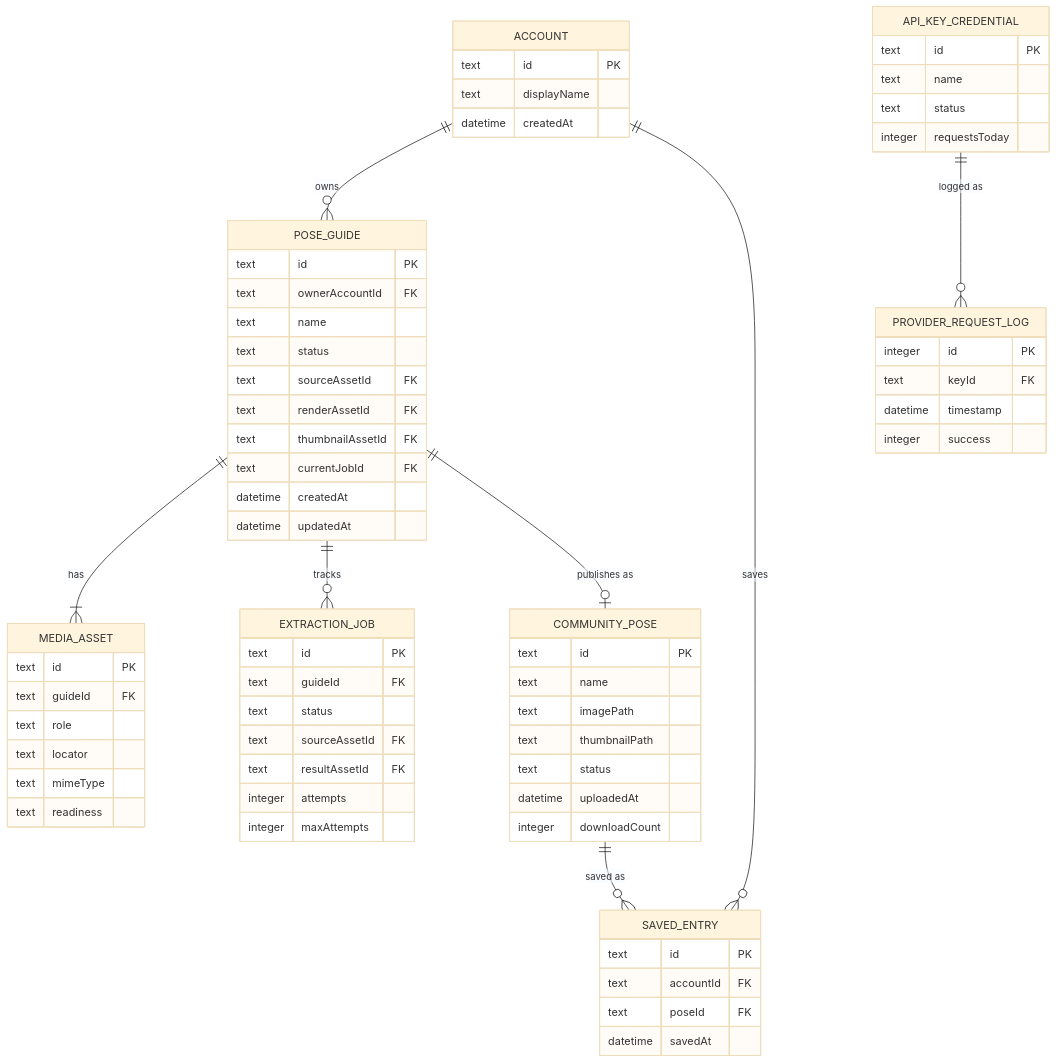
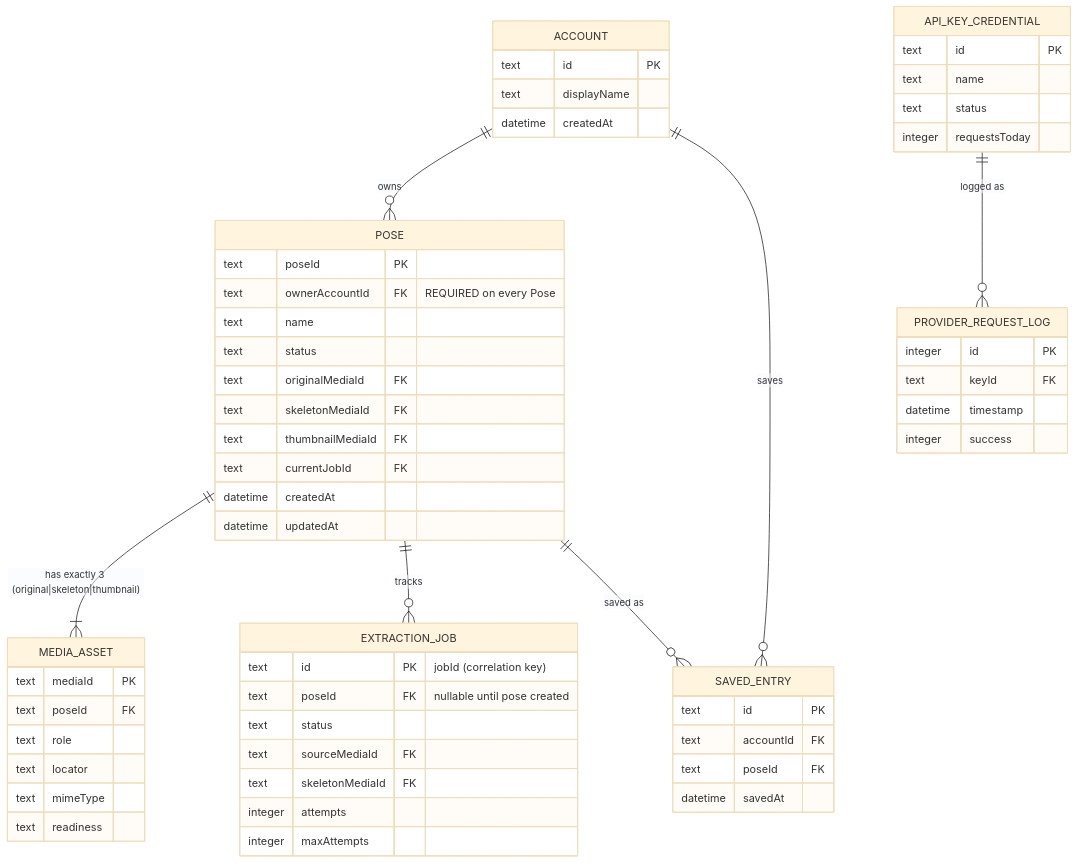
One commit to pnphongk23/posing-monorepo changed the diagram in docs/spec/data/erd/server.md. Above: the diagram before and after it, drawn with Mermaid (base theme). The commit also changed other lines of this file and 98 other files, not shown here.

````diff
--- a/docs/spec/data/erd/server.md
+++ b/docs/spec/data/erd/server.md
@@ -5,72 +7,62 @@
 ```mermaid
 erDiagram
-    ACCOUNT ||--o{ POSE_GUIDE : "owns"
+    ACCOUNT ||--o{ POSE : "owns"
     ACCOUNT ||--o{ SAVED_ENTRY : "saves"
-    POSE_GUIDE ||--|{ MEDIA_ASSET : "has"
-    POSE_GUIDE ||--o{ EXTRACTION_JOB : "tracks"
-    POSE_GUIDE ||--o| COMMUNITY_POSE : "publishes as"
-    COMMUNITY_POSE ||--o{ SAVED_ENTRY : "saved as"
+    POSE ||--|{ MEDIA_ASSET : "has exactly 3 (original|skeleton|thumbnail)"
+    POSE ||--o{ EXTRACTION_JOB : "tracks"
+    POSE ||--o{ SAVED_ENTRY : "saved as"
     API_KEY_CREDENTIAL ||--o{ PROVIDER_REQUEST_LOG : "logged as"
 
     ACCOUNT {
         text id PK
         text displayName
         datetime createdAt
     }
-    POSE_GUIDE {
-        text id PK
-        text ownerAccountId FK
+    POSE {
+        text poseId PK
+        text ownerAccountId FK "REQUIRED on every Pose"
         text name
         text status
-        text sourceAssetId FK
-        text renderAssetId FK
-        text thumbnailAssetId FK
+        text originalMediaId FK
+        text skeletonMediaId FK
+        text thumbnailMediaId FK
         text currentJobId FK
         datetime createdAt
         datetime updatedAt
     }
-    COMMUNITY_POSE {
-        text id PK
-        text name
-        text imagePath
-        text thumbnailPath
-        text status
-        datetime uploadedAt
-        integer downloadCount
-    }
     MEDIA_ASSET {
-        text id PK
-        text guideId FK
+        text mediaId PK
+        text poseId FK
         text role
         text locator
         text mimeType
         text readiness
     }
     EXTRACTION_JOB {
-        text id PK
-        text guideId FK
+        text id PK "jobId (correlation key)"
+        text poseId FK "nullable until pose created"
         text status
-        text sourceAssetId FK
-        text resultAssetId FK
+        text sourceMediaId FK
+        text skeletonMediaId FK
         integer attempts
         integer maxAttempts
     }
     SAVED_ENTRY {
         text id PK
         text accountId FK
         text poseId FK
         datetime savedAt
     }
     API_KEY_CREDENTIAL {
         text id PK
         text name
         text status
         integer requestsToday
     }
     PROVIDER_REQUEST_LOG {
         integer id PK
         text keyId FK
         datetime timestamp
         integer success
     }
 ```
````
